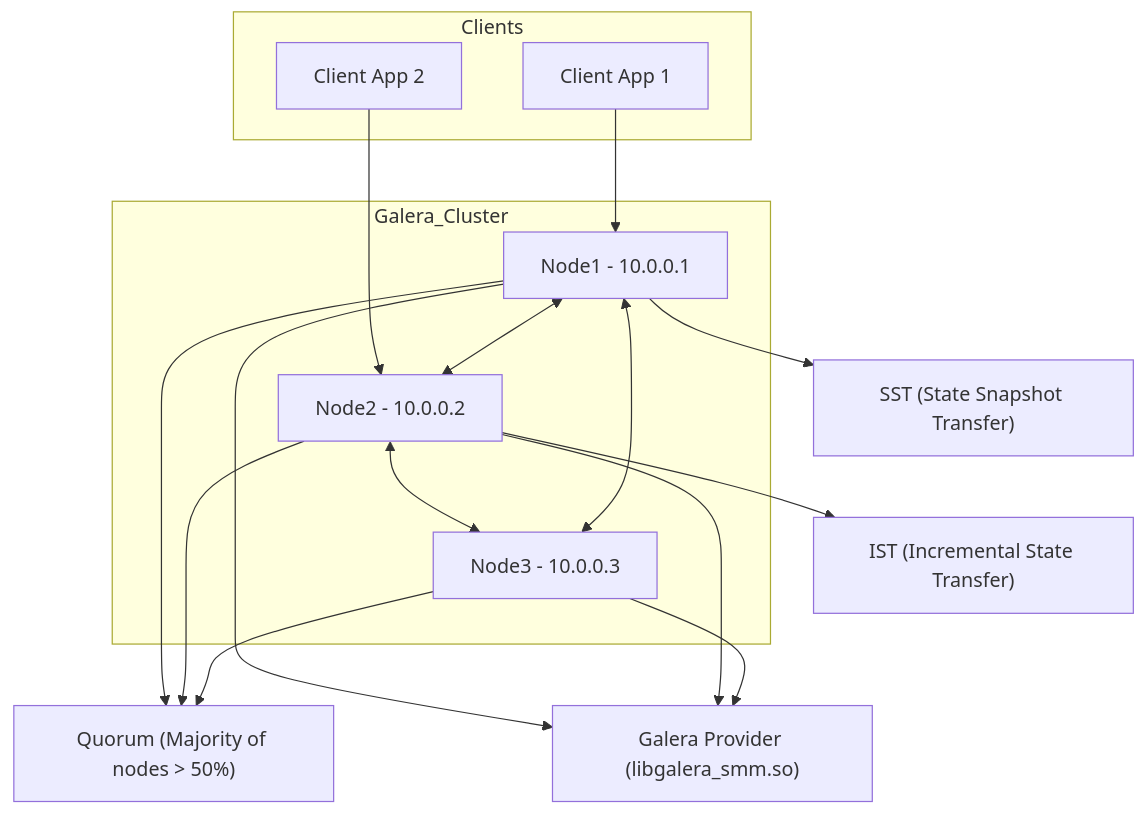
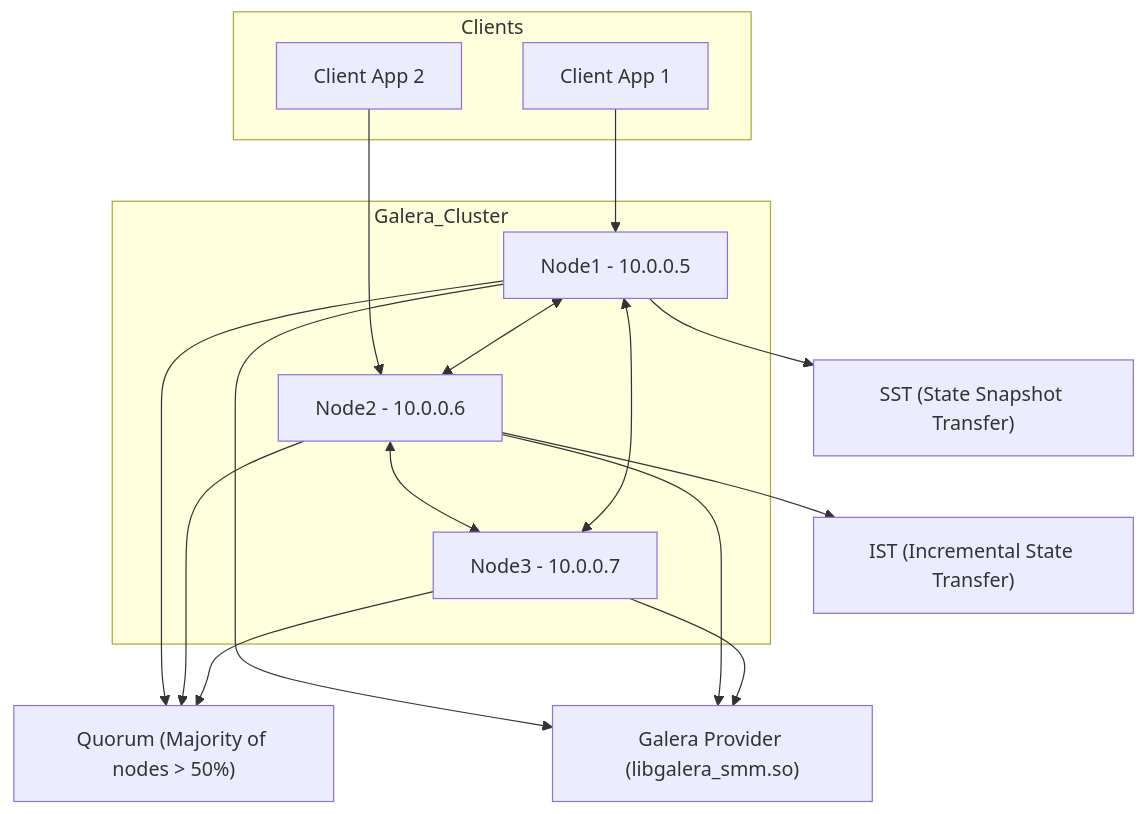
Before and after one commit to ugurcomptech/HA-Web-Architecture: the second of 2 diagrams in README.md, drawn with Mermaid. The commit also changed other lines of this file, not shown here.

````diff
--- a/README.md
+++ b/README.md
@@ -86,34 +86,34 @@
 ```mermaid
 flowchart TD
     subgraph Galera_Cluster
-        N1["Node1 - 10.0.0.1"]
-        N2["Node2 - 10.0.0.2"]
-        N3["Node3 - 10.0.0.3"]
+        N1["Node1 - 10.0.0.5"]
+        N2["Node2 - 10.0.0.6"]
+        N3["Node3 - 10.0.0.7"]
     end
 
     subgraph Clients
         C1["Client App 1"]
         C2["Client App 2"]
     end
 
     C1 --> N1
     C2 --> N2
 
     N1 <--> N2
     N2 <--> N3
     N3 <--> N1
 
     SST["SST (State Snapshot Transfer)"]
     IST["IST (Incremental State Transfer)"]
     Quorum["Quorum (Majority of nodes > 50%)"]
     Provider["Galera Provider (libgalera_smm.so)"]
 
     N1 --> SST
     N2 --> IST
     N1 --> Quorum
     N2 --> Quorum
     N3 --> Quorum
     N1 --> Provider
     N2 --> Provider
     N3 --> Provider
 ```
````
